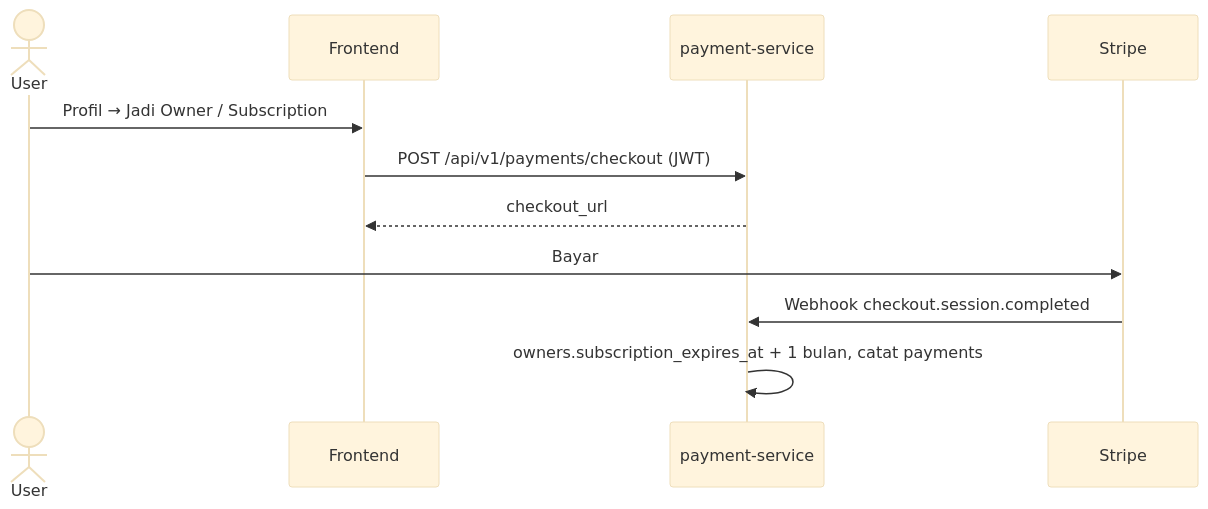
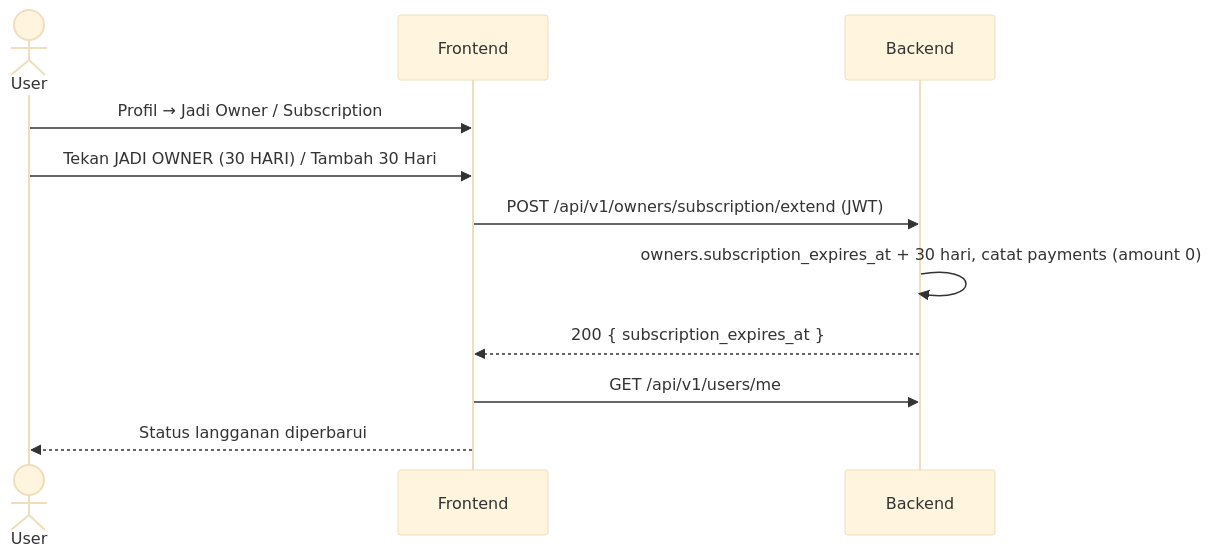
Before and after one commit to monte-christo-gilberd/Queue-Management-System: the fifth of 5 diagrams in FLOW.md, drawn with Mermaid (base theme). The commit also changed other lines of this file and 20 other files, not shown here.

````diff
--- a/FLOW.md
+++ b/FLOW.md
@@ -195,13 +200,13 @@
 ```mermaid
 sequenceDiagram
     actor U as User
     participant FE as Frontend
-    participant PS as payment-service
-    participant S as Stripe
+    participant BE as Backend
     U->>FE: Profil → Jadi Owner / Subscription
-    FE->>PS: POST /api/v1/payments/checkout (JWT)
-    PS-->>FE: checkout_url
-    U->>S: Bayar
-    S->>PS: Webhook checkout.session.completed
-    PS->>PS: owners.subscription_expires_at + 1 bulan, catat payments
+    U->>FE: Tekan JADI OWNER (30 HARI) / Tambah 30 Hari
+    FE->>BE: POST /api/v1/owners/subscription/extend (JWT)
+    BE->>BE: owners.subscription_expires_at + 30 hari, catat payments (amount 0)
+    BE-->>FE: 200 { subscription_expires_at }
+    FE->>BE: GET /api/v1/users/me
+    FE-->>U: Status langganan diperbarui
 ```
````
